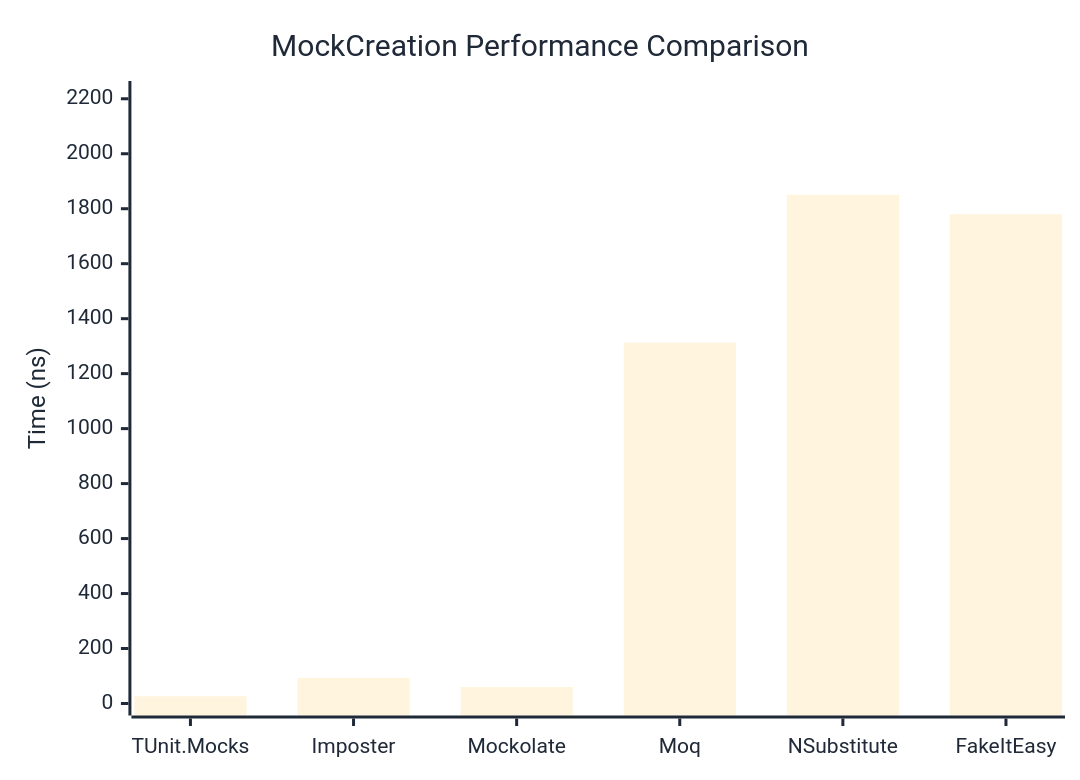
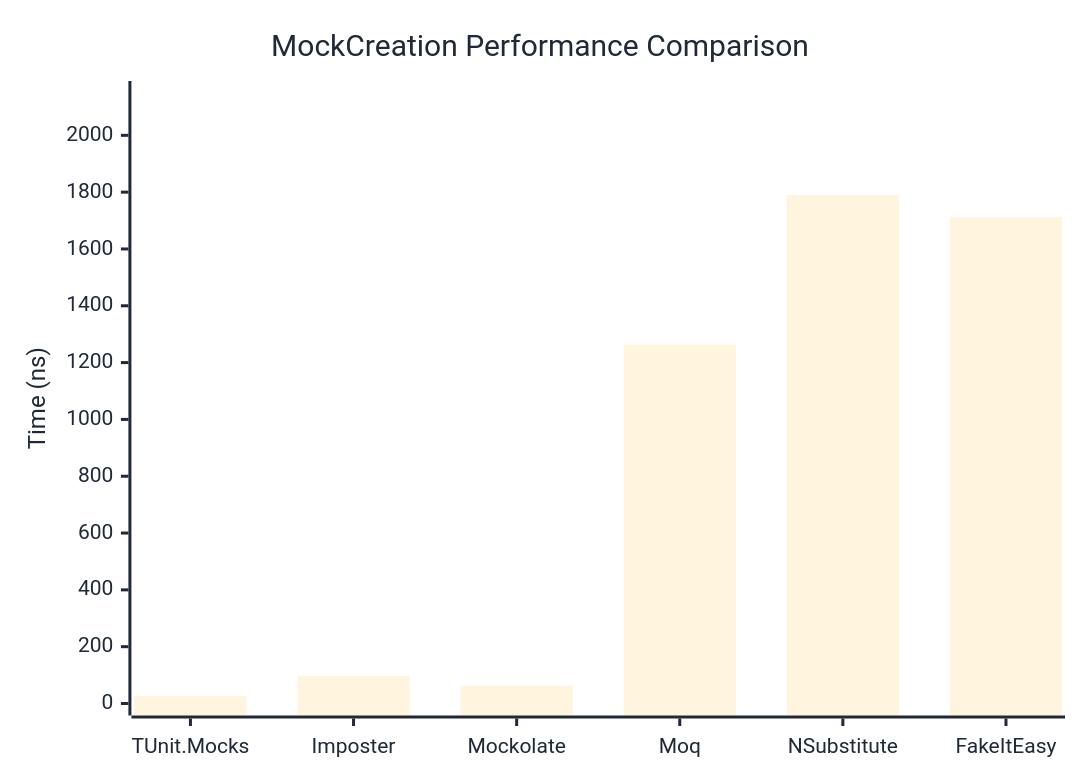
Before and after one commit to thomhurst/TUnit: the first of 2 diagrams in docs/docs/benchmarks/mocks/MockCreation.md, drawn with Mermaid. The commit also changed other lines of this file and 14 other files, not shown here.

````diff
--- a/docs/docs/benchmarks/mocks/MockCreation.md
+++ b/docs/docs/benchmarks/mocks/MockCreation.md
@@ -28,27 +28,27 @@
 ```mermaid
 %%{init: {
   'theme':'base',
   'themeVariables': {
     'primaryColor': '#2563eb',
     'primaryTextColor': '#1f2937',
     'primaryBorderColor': '#1e40af',
     'lineColor': '#6b7280',
     'secondaryColor': '#7c3aed',
     'tertiaryColor': '#dc2626',
     'background': '#ffffff',
     'pie1': '#2563eb',
     'pie2': '#7c3aed',
     'pie3': '#dc2626',
     'pie4': '#f59e0b',
     'pie5': '#10b981',
     'pie6': '#06b6d4',
     'pie7': '#ec4899',
     'pie8': '#6366f1'
   }
 }}%%
 xychart-beta
   title "MockCreation Performance Comparison"
   x-axis ["TUnit.Mocks", "Imposter", "Mockolate", "Moq", "NSubstitute", "FakeItEasy"]
-  y-axis "Time (ns)" 0 --> 2221
-  bar [26.42, 93.27, 60.05, 1313.15, 1850.64, 1779.77]
+  y-axis "Time (ns)" 0 --> 2149
+  bar [26.3, 97.19, 62.56, 1263.46, 1790.18, 1711.86]
 ```
````
